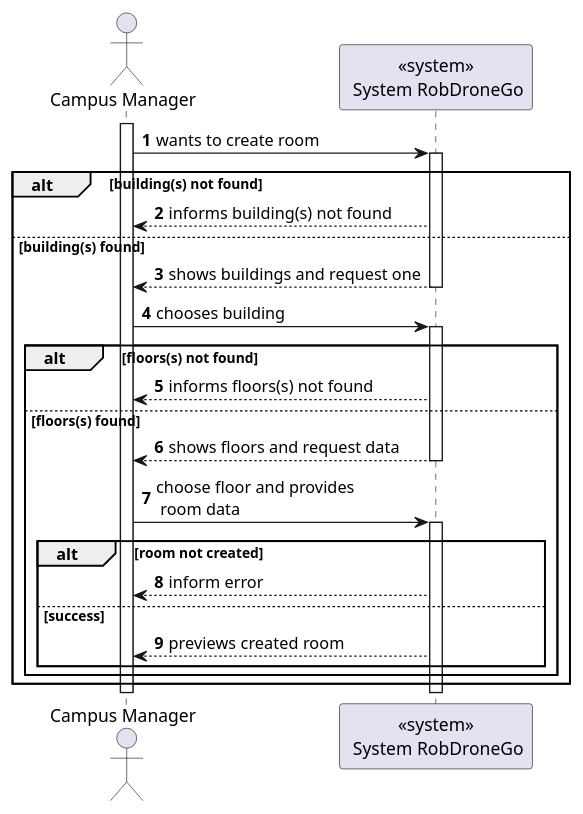
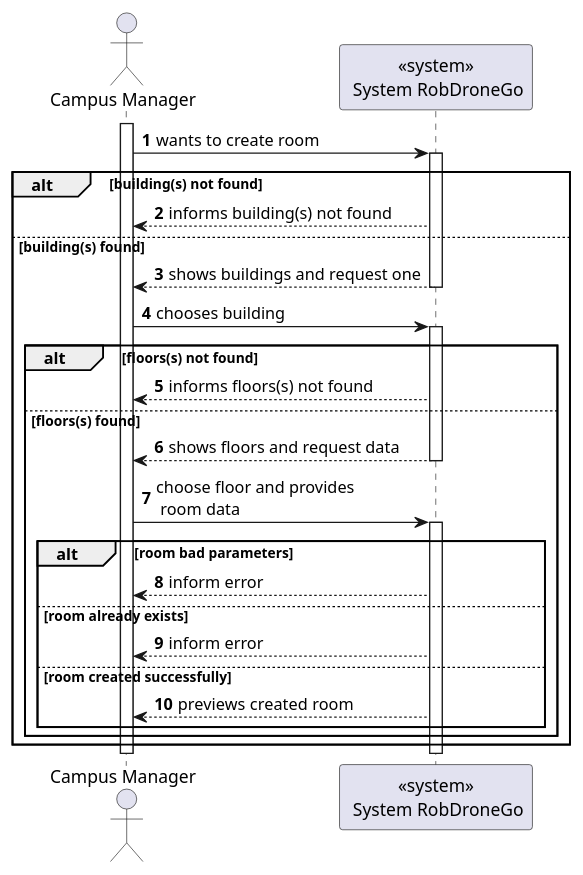
The diagram in docs/us1210/level1/process-view.puml (Departamento-de-Engenharia-Informatica/lapr5-23-24-g19), drawn with PlantUML before and after one commit. The commit also changed 13 other files, not shown here.

```diff
--- a/docs/us1210/level1/process-view.puml
+++ b/docs/us1210/level1/process-view.puml
@@ -1,38 +1,40 @@
 @startuml
 autonumber
 
 actor "Campus Manager" as usr
 
 participant "<<system>>\n System RobDroneGo" as sys
 
 activate usr
     usr -> sys : wants to create room
     activate sys
         alt building(s) not found
             sys --> usr: informs building(s) not found
         else building(s) found
             sys --> usr : shows buildings and request one
     deactivate sys
 
     usr -> sys : chooses building
     activate sys
         alt floors(s) not found
             sys --> usr: informs floors(s) not found
         else floors(s) found
             sys --> usr: shows floors and request data
     deactivate sys
 
     usr -> sys : choose floor and provides\n room data
     activate sys
-        alt room not created
+        alt room bad parameters
             sys --> usr : inform error
-        else success
+        else room already exists
+            sys --> usr : inform error
+        else room created successfully
             sys --> usr : previews created room
 
             end
         end
     end
     deactivate sys
 deactivate usr
 
 @enduml
```
